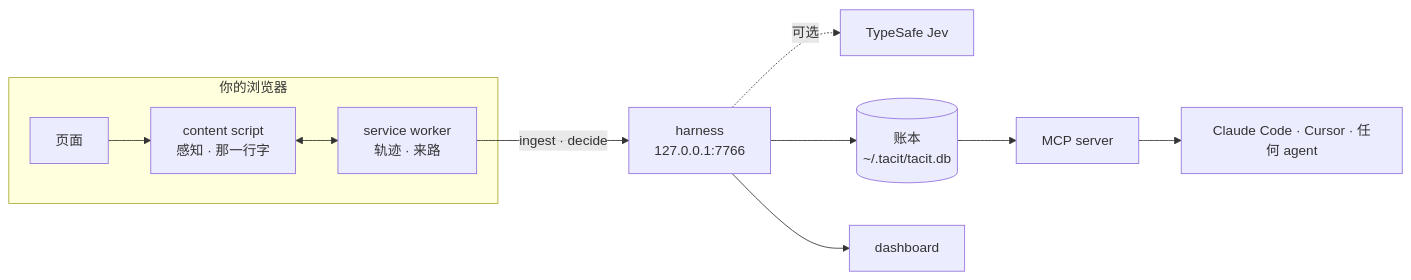
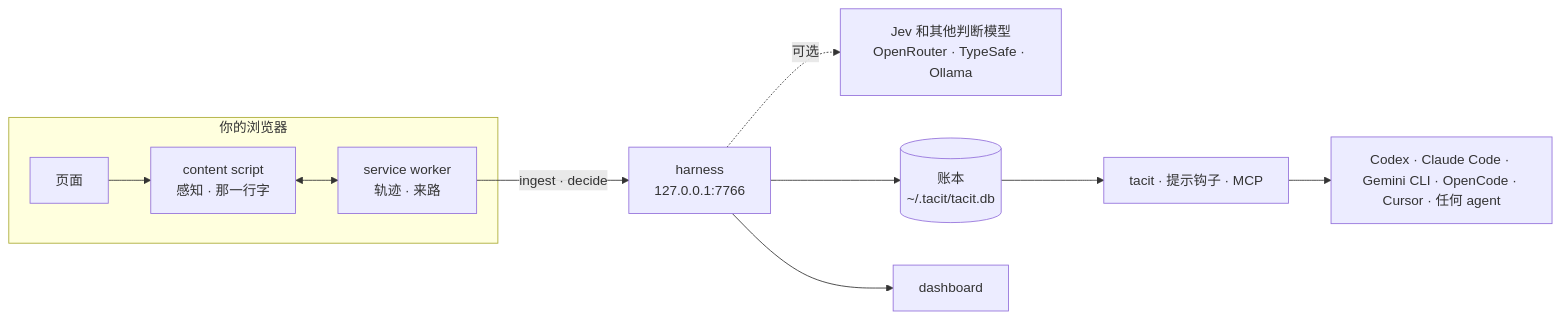
The diagram in README.zh-CN.md (wujiajunhahah/tacit), drawn with Mermaid before and after one commit. The commit also changed other lines of this file and 123 other files, not shown here.

First line of the commit message:
Any agent and any model: the tacit command, prompt hooks, and Jev in the loop

````diff
--- a/README.zh-CN.md
+++ b/README.zh-CN.md
@@ -154,13 +202,13 @@
 ```mermaid
 flowchart LR
   subgraph browser["你的浏览器"]
     page["页面"] --> cs["content script<br/>感知 · 那一行字"]
     cs <--> sw["service worker<br/>轨迹 · 来路"]
   end
   sw -->|ingest · decide| harness["harness<br/>127.0.0.1:7766"]
-  harness -.->|可选| jev["TypeSafe Jev"]
+  harness -.->|可选| jev["Jev 和其他判断模型<br/>OpenRouter · TypeSafe · Ollama"]
   harness --> ledger[("账本<br/>~/.tacit/tacit.db")]
   harness --> ui["dashboard"]
-  ledger --> mcp["MCP server"]
-  mcp --> agents["Claude Code · Cursor · 任何 agent"]
+  ledger --> port["tacit · 提示钩子 · MCP"]
+  port --> agents["Codex · Claude Code · Gemini CLI · OpenCode · Cursor · 任何 agent"]
 ```
````
